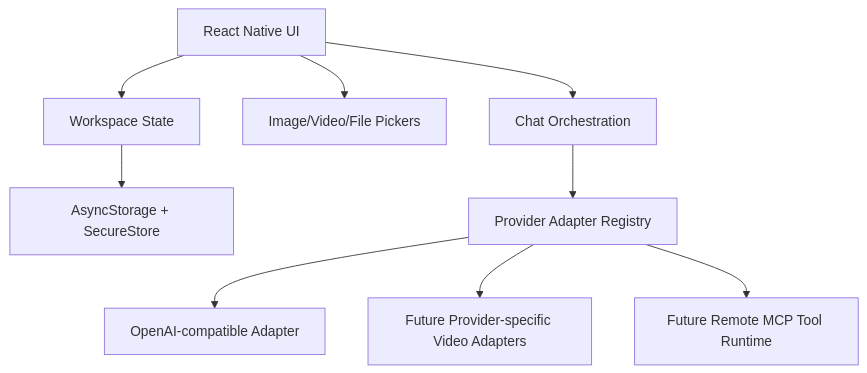
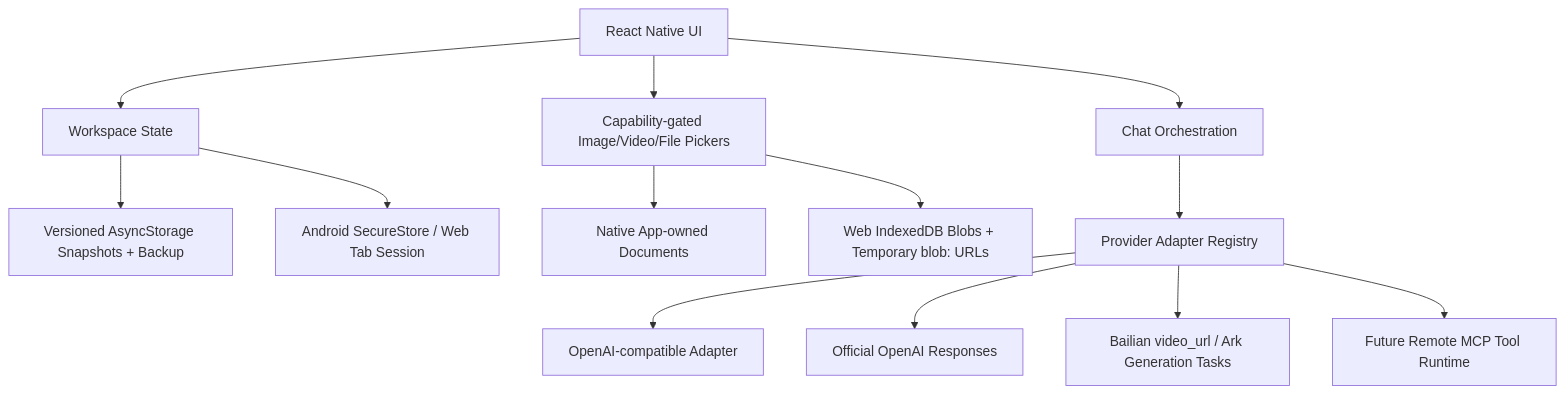
Before and after one commit to szdtzpj/Embezzle-Studio: the diagram in docs/product-architecture.md, drawn with Mermaid. The commit also changed other lines of this file and 43 other files, not shown here.

Commit message:
Harden provider, storage, and release flows

````diff
--- a/docs/product-architecture.md
+++ b/docs/product-architecture.md
@@ -42,11 +43,15 @@
 ```mermaid
 flowchart TD
     UI["React Native UI"] --> Workspace["Workspace State"]
-    Workspace --> Storage["AsyncStorage + SecureStore"]
-    UI --> Media["Image/Video/File Pickers"]
+    Workspace --> Snapshots["Versioned AsyncStorage Snapshots + Backup"]
+    Workspace --> Secrets["Android SecureStore / Web Tab Session"]
+    UI --> Media["Capability-gated Image/Video/File Pickers"]
+    Media --> NativeMedia["Native App-owned Documents"]
+    Media --> WebMedia["Web IndexedDB Blobs + Temporary blob: URLs"]
     UI --> ChatEngine["Chat Orchestration"]
     ChatEngine --> ProviderAdapter["Provider Adapter Registry"]
     ProviderAdapter --> OpenAI["OpenAI-compatible Adapter"]
-    ProviderAdapter --> VideoAdapters["Future Provider-specific Video Adapters"]
+    ProviderAdapter --> OpenAIResponses["Official OpenAI Responses"]
+    ProviderAdapter --> ProviderMedia["Bailian video_url / Ark Generation Tasks"]
     ProviderAdapter --> MCP["Future Remote MCP Tool Runtime"]
 ```
````
